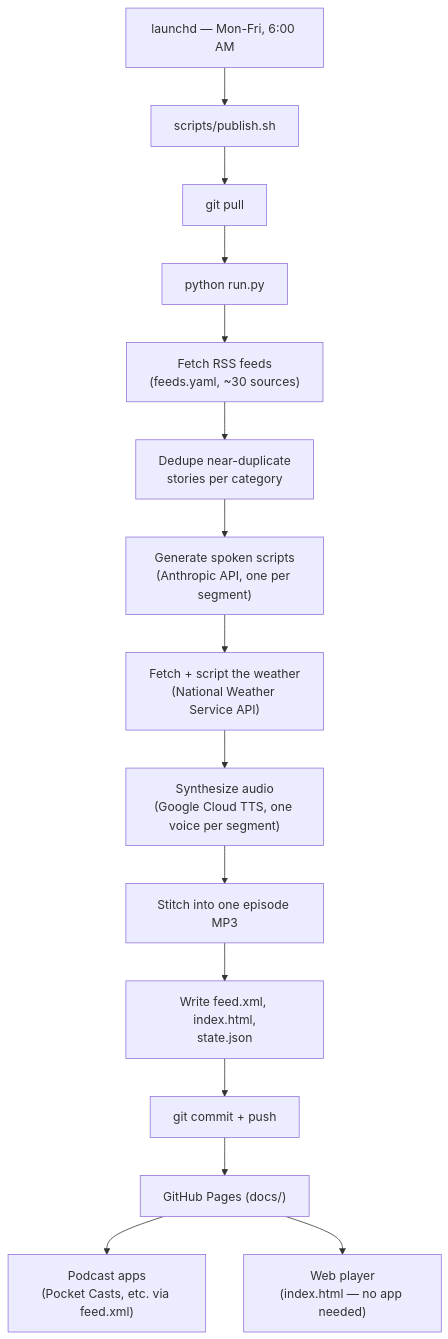
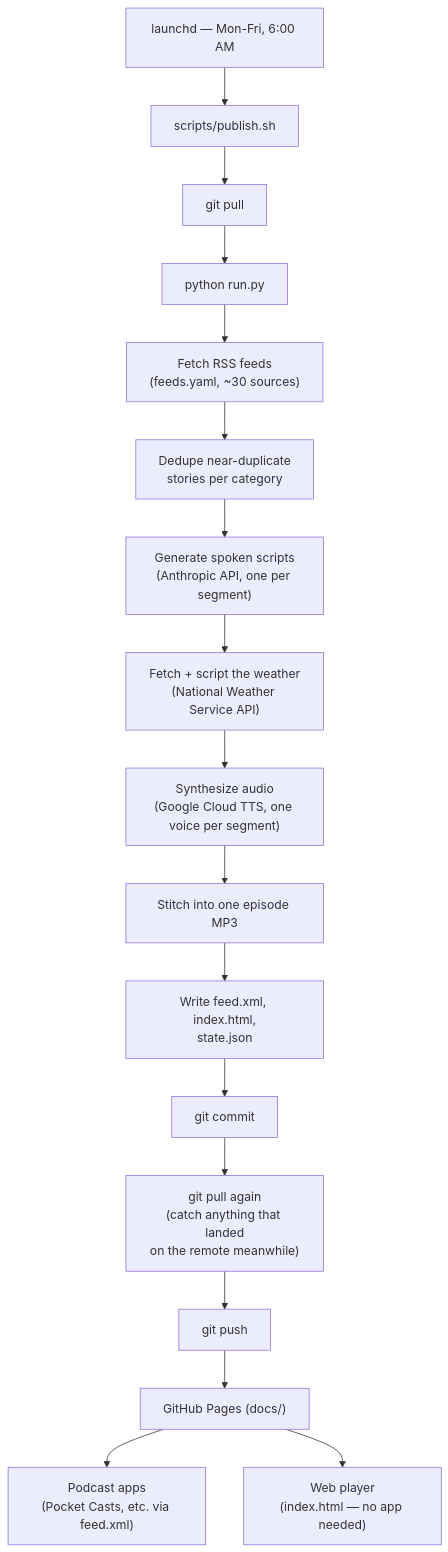
The diagram in README.md (ellewiz/personalized-news-podcast), drawn with Mermaid before and after one commit.

Commit message:
Fix diagram: show both git pulls in publish.sh, not just the first

````diff
--- a/README.md
+++ b/README.md
@@ -82,19 +82,21 @@
 ```mermaid
 flowchart TD
     Trigger["launchd — Mon-Fri, 6:00 AM"] --> Publish["scripts/publish.sh"]
-    Publish --> Pull["git pull"]
-    Pull --> Run["python run.py"]
+    Publish --> Pull1["git pull"]
+    Pull1 --> Run["python run.py"]
 
     Run --> Fetch["Fetch RSS feeds<br/>(feeds.yaml, ~30 sources)"]
     Fetch --> Dedupe["Dedupe near-duplicate<br/>stories per category"]
     Dedupe --> Scripts["Generate spoken scripts<br/>(Anthropic API, one per segment)"]
     Scripts --> Weather["Fetch + script the weather<br/>(National Weather Service API)"]
     Weather --> TTS["Synthesize audio<br/>(Google Cloud TTS, one voice per segment)"]
     TTS --> Stitch["Stitch into one episode MP3"]
     Stitch --> Write["Write feed.xml, index.html,<br/>state.json"]
-    Write --> Push["git commit + push"]
+    Write --> Commit["git commit"]
+    Commit --> Pull2["git pull again<br/>(catch anything that landed<br/>on the remote meanwhile)"]
+    Pull2 --> Push["git push"]
 
     Push --> Pages["GitHub Pages (docs/)"]
     Pages --> Apps["Podcast apps<br/>(Pocket Casts, etc. via feed.xml)"]
     Pages --> Player["Web player<br/>(index.html — no app needed)"]
 ```
````
